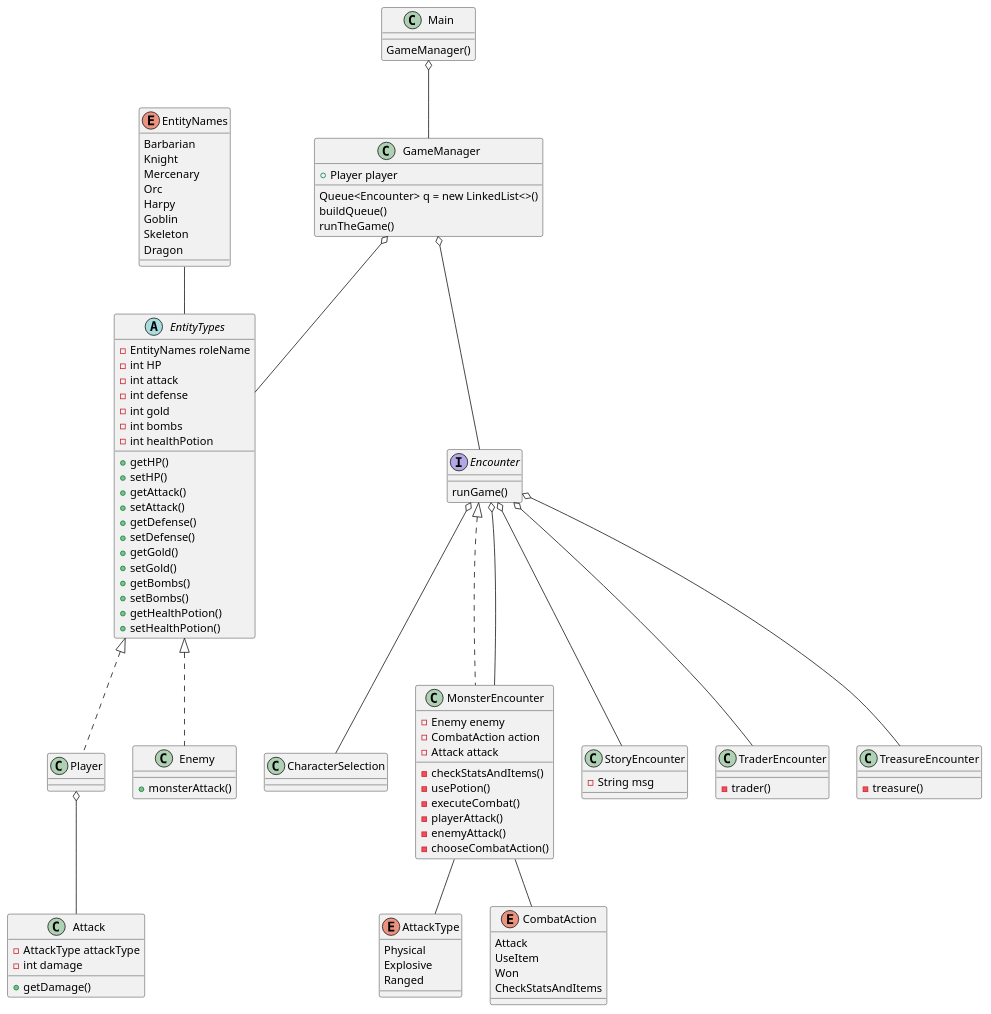
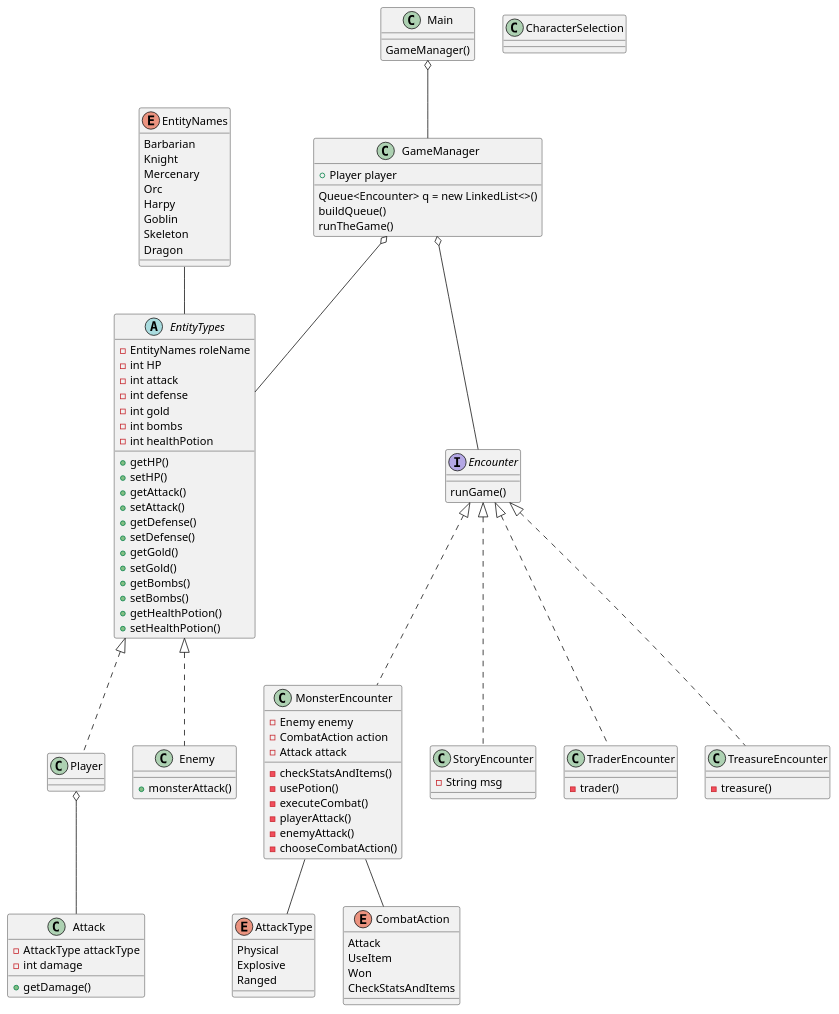
The diagram in src/ICE/diagrams/ClassDiagrams.puml (Berry1196/DungeonCrawlerIce), drawn with PlantUML before and after one commit. The commit also changed 1 other file, not shown here.

```diff
--- a/src/ICE/diagrams/ClassDiagrams.puml
+++ b/src/ICE/diagrams/ClassDiagrams.puml
@@ -1,103 +1,98 @@
 @startuml
 
 Class Main{
 GameManager()
 }
 
 Class GameManager {
 +Player player
 Queue<Encounter> q = new LinkedList<>()
 buildQueue()
 runTheGame()
  }
 Abstract Class EntityTypes {
 -EntityNames roleName
 -int HP
 -int attack
 -int defense
 -int gold
 -int bombs
 -int healthPotion
 +getHP()
 +setHP()
 +getAttack()
 +setAttack()
 +getDefense()
 +setDefense()
 +getGold()
 +setGold()
 +getBombs()
 +setBombs()
 +getHealthPotion()
 +setHealthPotion()
 }
 Class Player implements EntityTypes
 Class Enemy implements EntityTypes {
 +monsterAttack()
 }
 Class Attack {
 -AttackType attackType
 -int damage
 +getDamage()
 }
 Class CharacterSelection
 Interface Encounter {
 runGame()
 }
 Class MonsterEncounter implements Encounter {
 -Enemy enemy
 -CombatAction action
 -Attack attack
 -checkStatsAndItems()
 -usePotion()
 -executeCombat()
 -playerAttack()
 -enemyAttack()
 -chooseCombatAction()
 }
-Class StoryEncounter{
+Class StoryEncounter implements Encounter{
 -String msg
 }
-Class TraderEncounter {
+Class TraderEncounter implements Encounter {
 -trader()
 }
-Class TreasureEncounter {
+Class TreasureEncounter implements Encounter {
 -treasure()
 }
 Enum AttackType{
 Physical
 Explosive
 Ranged
 
 }
 Enum CombatAction{
 Attack
 UseItem
 Won
 CheckStatsAndItems
 }
 Enum EntityNames{
 Barbarian
 Knight
 Mercenary
 Orc
-    Harpy
-    Goblin
-    Skeleton
+Harpy
+Goblin
+Skeleton
 Dragon
 }
 
 
 Main o-- GameManager
 GameManager o-- EntityTypes
 GameManager o-- Encounter
-Encounter o-- StoryEncounter
-Encounter o-- CharacterSelection
-Encounter o-- MonsterEncounter
-Encounter o-- TraderEncounter
-Encounter o-- TreasureEncounter
 EntityNames -- EntityTypes
 Player o-- Attack
 MonsterEncounter -- CombatAction
 MonsterEncounter -- AttackType
 @enduml
```
